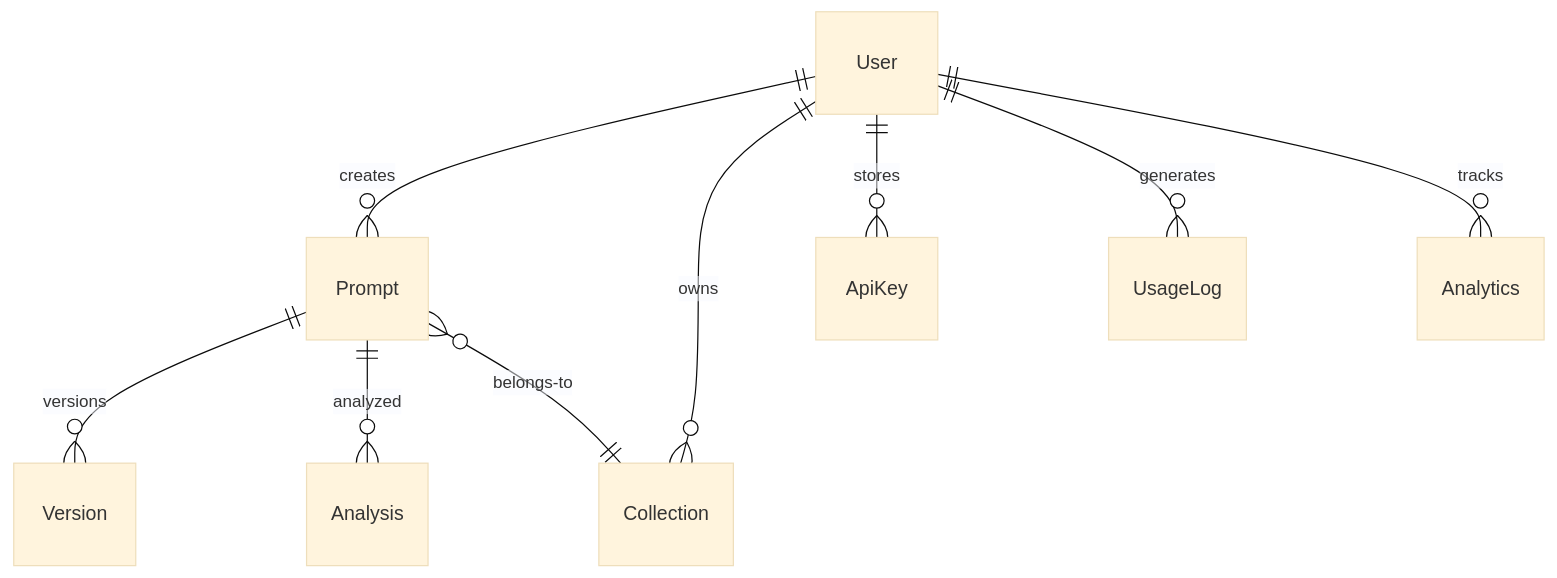
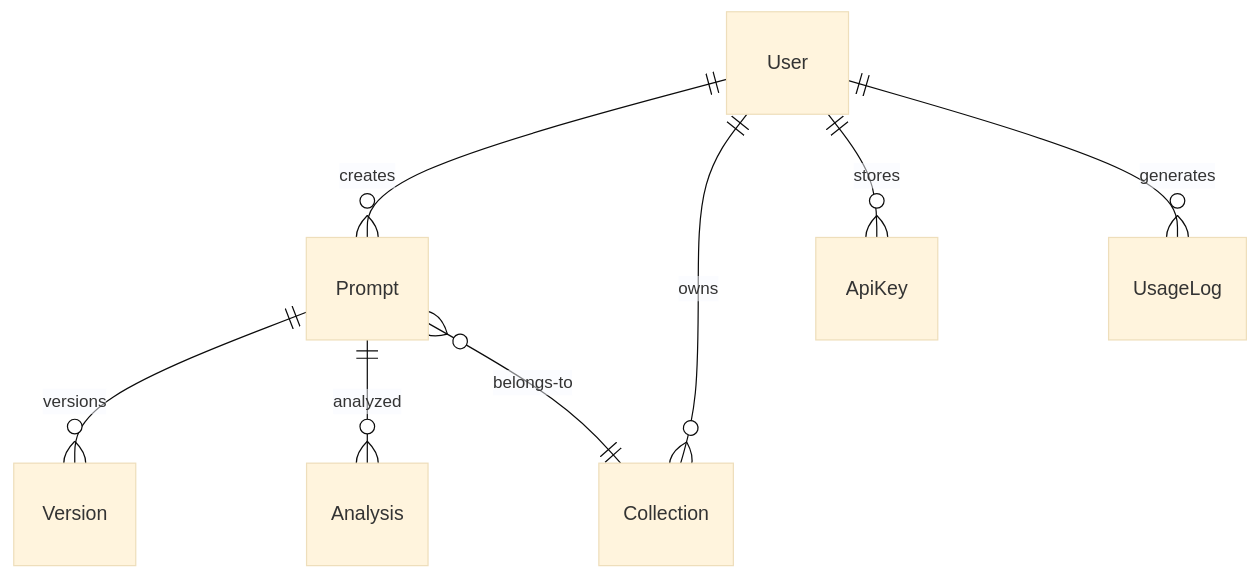
One commit to OK45batwal/prompt-plus changed the second of 2 diagrams in README.md. Above: the diagram before and after it, drawn with Mermaid (base theme). The commit also changed other lines of this file, not shown here.

````diff
--- a/README.md
+++ b/README.md
@@ -451,11 +236,10 @@
 ```mermaid
 erDiagram
     User ||--o{ Prompt : creates
     User ||--o{ Collection : owns
     User ||--o{ ApiKey : stores
     User ||--o{ UsageLog : generates
-    User ||--o{ Analytics : tracks
     Prompt ||--o{ Version : versions
     Prompt ||--o{ Analysis : analyzed
     Prompt }o--|| Collection : belongs-to
 ```
````
